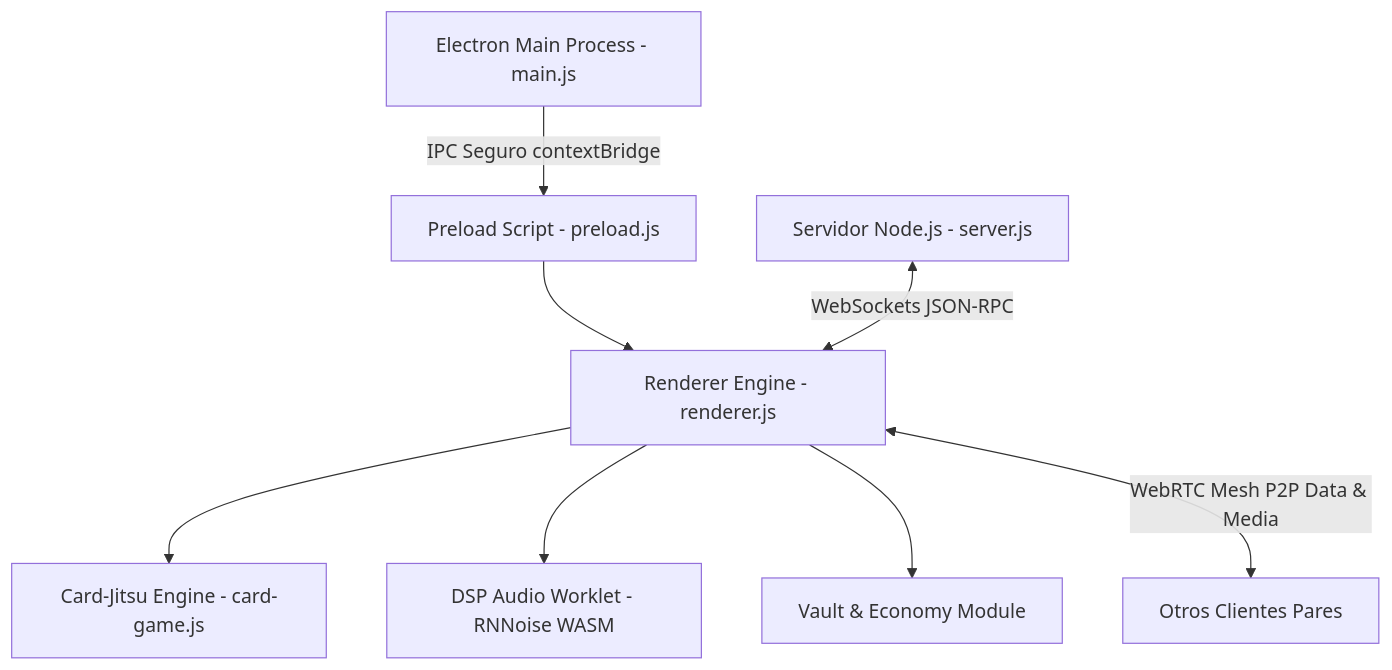
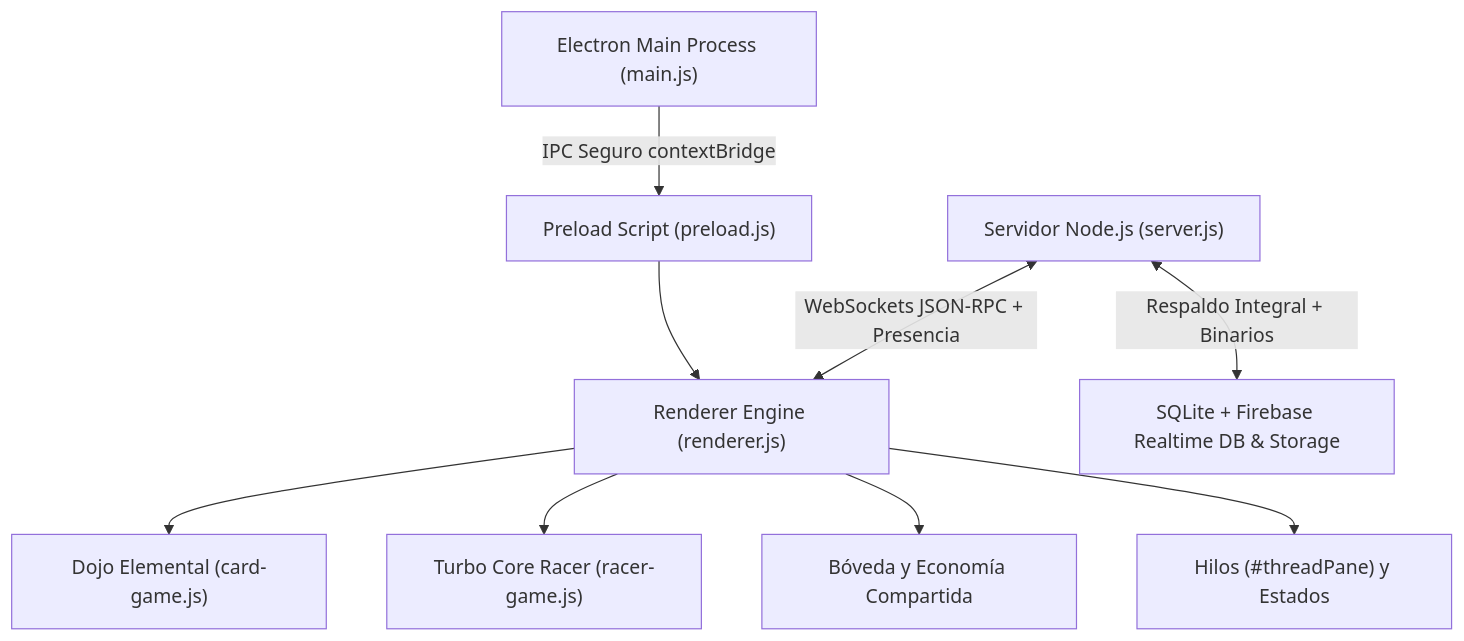
One commit to alejandroepickap/epickast2 changed the diagram in Auditoria_Completa_EpicKast_REA_v186.md. Above: the diagram before and after it, drawn with Mermaid. The commit also changed other lines of this file and 8 other files, not shown here.

Commit message:
Release v1.9.0: Turbo Core Racer, Estados de Presencia, Hilos, Auditoria REA y Respaldo Seguro

````diff
--- a/Auditoria_Completa_EpicKast_REA_v186.md
+++ b/Auditoria_Completa_EpicKast_REA_v186.md
@@ -45,10 +43,11 @@
 ```mermaid
 graph TD
-  A[Electron Main Process - main.js] -->|IPC Seguro contextBridge| B[Preload Script - preload.js]
-  B --> C[Renderer Engine - renderer.js]
-  C --> D[Card-Jitsu Engine - card-game.js]
-  C --> E[DSP Audio Worklet - RNNoise WASM]
-  C --> F[Vault & Economy Module]
-  G[Servidor Node.js - server.js] <-->|WebSockets JSON-RPC| C
-  C <-->|WebRTC Mesh P2P Data & Media| H[Otros Clientes Pares]
+  A["Electron Main Process (main.js)"] -->|IPC Seguro contextBridge| B["Preload Script (preload.js)"]
+  B --> C["Renderer Engine (renderer.js)"]
+  C --> D["Dojo Elemental (card-game.js)"]
+  C --> E["Turbo Core Racer (racer-game.js)"]
+  C --> F["Bóveda y Economía Compartida"]
+  C --> G["Hilos (#threadPane) y Estados"]
+  H["Servidor Node.js (server.js)"] <-->|WebSockets JSON-RPC + Presencia| C
+  H <-->|Respaldo Integral + Binarios| I["SQLite + Firebase Realtime DB & Storage"]
 ```
````
